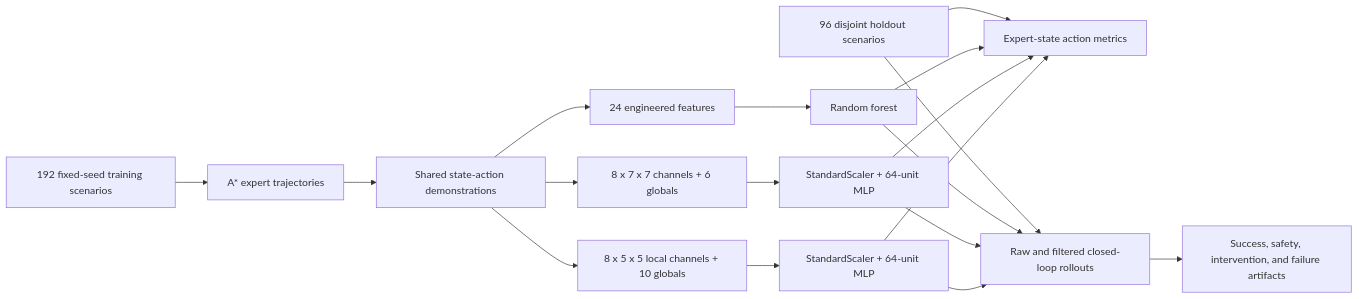
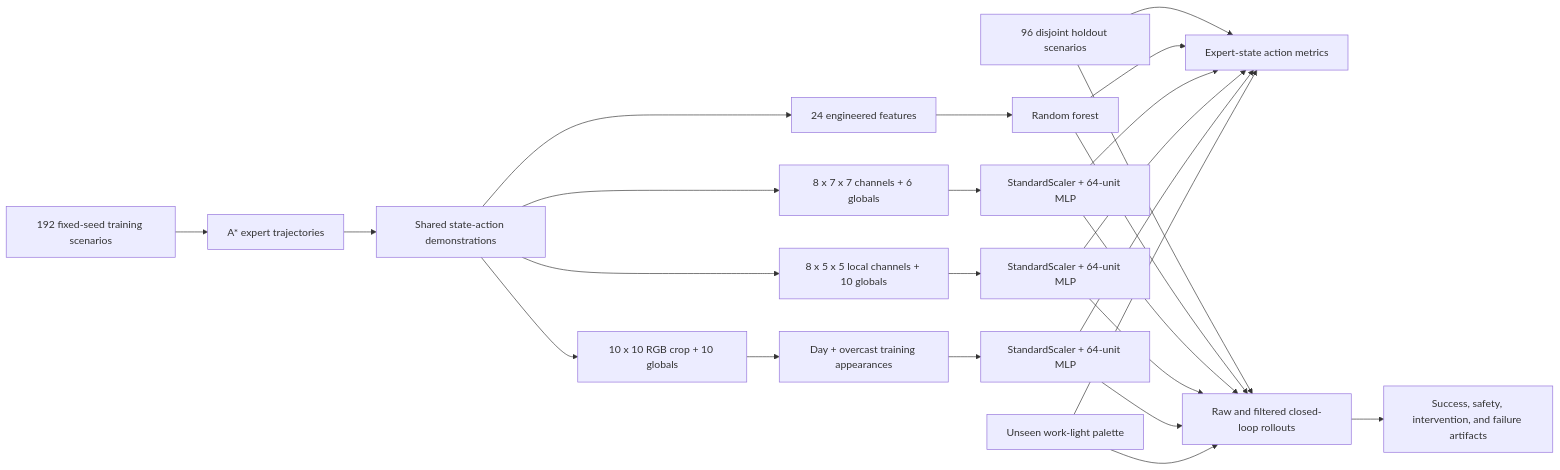
The diagram in projects/vla-embodied-agent-simulator/ARCHITECTURE.md (josiahsutd-stack/ai-portfolio), drawn with Mermaid before and after one commit. The commit also changed other lines of this file and 35 other files, not shown here.

````diff
--- a/projects/vla-embodied-agent-simulator/ARCHITECTURE.md
+++ b/projects/vla-embodied-agent-simulator/ARCHITECTURE.md
@@ -26,20 +28,27 @@
 ```mermaid
 flowchart LR
   A["192 fixed-seed training scenarios"] --> B["A* expert trajectories"]
   B --> C["Shared state-action demonstrations"]
   C --> D["24 engineered features"]
   C --> E["8 x 7 x 7 channels + 6 globals"]
   C --> L["8 x 5 x 5 local channels + 10 globals"]
+  C --> N["10 x 10 RGB crop + 10 globals"]
   D --> F["Random forest"]
   E --> G["StandardScaler + 64-unit MLP"]
   L --> M["StandardScaler + 64-unit MLP"]
+  N --> O["Day + overcast training appearances"]
+  O --> P["StandardScaler + 64-unit MLP"]
   H["96 disjoint holdout scenarios"] --> I["Expert-state action metrics"]
   F --> I
   G --> I
   M --> I
+  P --> I
+  Q["Unseen work-light palette"] --> I
   H --> J["Raw and filtered closed-loop rollouts"]
   F --> J
   G --> J
   M --> J
+  P --> J
+  Q --> J
   J --> K["Success, safety, intervention, and failure artifacts"]
 ```
````
